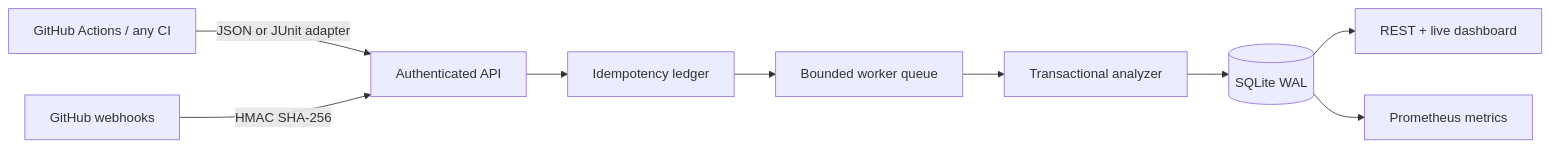
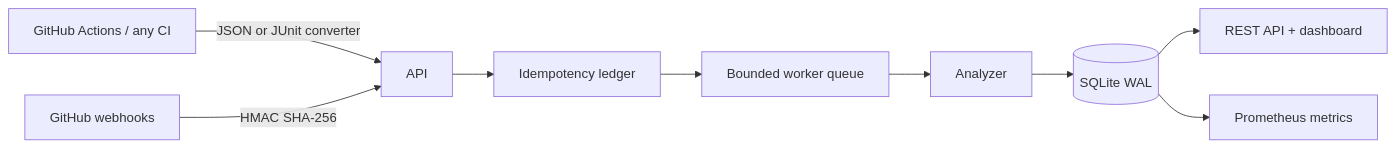
The diagram in README.md (EesherJ39/TriageCI), drawn with Mermaid before and after one commit. The commit also changed other lines of this file, not shown here.

````diff
--- a/README.md
+++ b/README.md
@@ -33,11 +84,11 @@
 ```mermaid
 flowchart LR
-    A[GitHub Actions / any CI] -->|JSON or JUnit adapter| B[Authenticated API]
+    A[GitHub Actions / any CI] -->|JSON or JUnit converter| B[API]
     G[GitHub webhooks] -->|HMAC SHA-256| B
     B --> C[Idempotency ledger]
     C --> D[Bounded worker queue]
-    D --> E[Transactional analyzer]
+    D --> E[Analyzer]
     E --> F[(SQLite WAL)]
-    F --> H[REST + live dashboard]
+    F --> H[REST API + dashboard]
     F --> M[Prometheus metrics]
 ```
````
